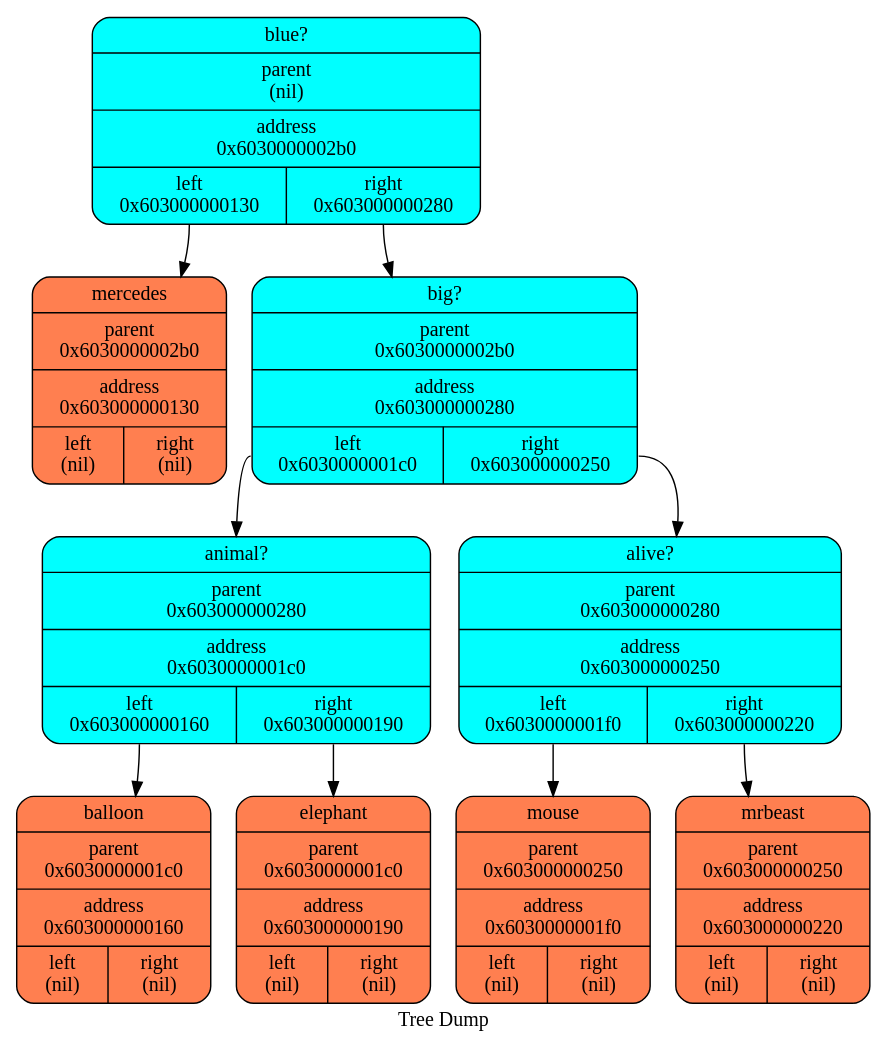
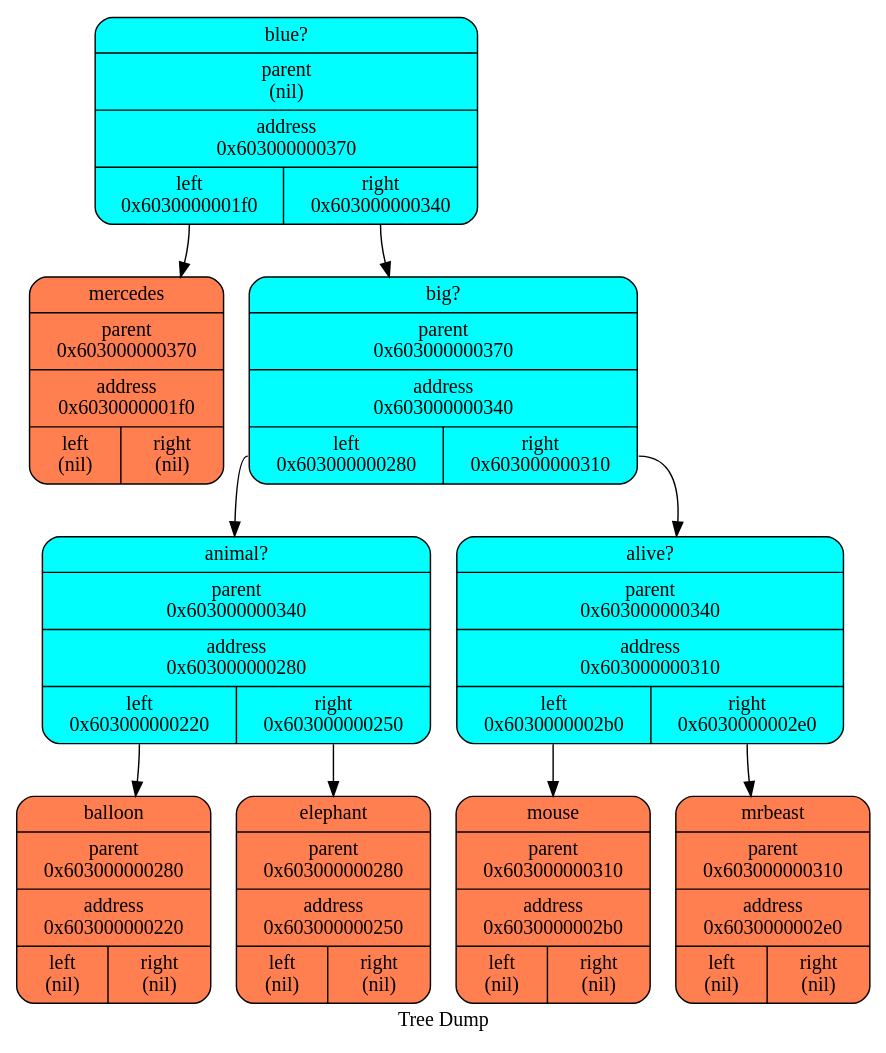
Before and after one commit to aidenfmunro/Akinator: the diagram in log/dot/treegraph_0.dot, drawn with Graphviz. The commit also changed 2 other files, not shown here.

```diff
--- a/log/dot/treegraph_0.dot
+++ b/log/dot/treegraph_0.dot
@@ -1,23 +1,23 @@
   digraph tree  {
   node[   shape     = "Mrecord",  style     = "filled",  fillcolor = "aqua",  fontcolor = "#000000",  margin    = "0.075"];
   rankdir   = "TB";
 
   label     = "Tree Dump";
- "blue?" [shape = "Mrecord", label = "{<name>blue? | parent\n(nil) | <f0> address\n0x6030000002b0| {<left>left\n0x603000000130 | <right>right\n0x603000000280\n}}"];
+ "blue?" [shape = "Mrecord", label = "{<name>blue? | parent\n(nil) | <f0> address\n0x603000000370| {<left>left\n0x6030000001f0 | <right>right\n0x603000000340\n}}"];
   "blue?":left->"mercedes";
- "mercedes" [shape = "Mrecord", fillcolor = "coral", label = "{<name>mercedes | parent\n0x6030000002b0 | <f0> address\n0x603000000130| {<left>left\n(nil) | <right>right\n(nil)\n}}"];
+ "mercedes" [shape = "Mrecord", fillcolor = "coral", label = "{<name>mercedes | parent\n0x603000000370 | <f0> address\n0x6030000001f0| {<left>left\n(nil) | <right>right\n(nil)\n}}"];
   "blue?":right->"big?";
- "big?" [shape = "Mrecord", label = "{<name>big? | parent\n0x6030000002b0 | <f0> address\n0x603000000280| {<left>left\n0x6030000001c0 | <right>right\n0x603000000250\n}}"];
+ "big?" [shape = "Mrecord", label = "{<name>big? | parent\n0x603000000370 | <f0> address\n0x603000000340| {<left>left\n0x603000000280 | <right>right\n0x603000000310\n}}"];
   "big?":left->"animal?";
- "animal?" [shape = "Mrecord", label = "{<name>animal? | parent\n0x603000000280 | <f0> address\n0x6030000001c0| {<left>left\n0x603000000160 | <right>right\n0x603000000190\n}}"];
+ "animal?" [shape = "Mrecord", label = "{<name>animal? | parent\n0x603000000340 | <f0> address\n0x603000000280| {<left>left\n0x603000000220 | <right>right\n0x603000000250\n}}"];
   "animal?":left->"balloon";
- "balloon" [shape = "Mrecord", fillcolor = "coral", label = "{<name>balloon | parent\n0x6030000001c0 | <f0> address\n0x603000000160| {<left>left\n(nil) | <right>right\n(nil)\n}}"];
+ "balloon" [shape = "Mrecord", fillcolor = "coral", label = "{<name>balloon | parent\n0x603000000280 | <f0> address\n0x603000000220| {<left>left\n(nil) | <right>right\n(nil)\n}}"];
   "animal?":right->"elephant";
- "elephant" [shape = "Mrecord", fillcolor = "coral", label = "{<name>elephant | parent\n0x6030000001c0 | <f0> address\n0x603000000190| {<left>left\n(nil) | <right>right\n(nil)\n}}"];
+ "elephant" [shape = "Mrecord", fillcolor = "coral", label = "{<name>elephant | parent\n0x603000000280 | <f0> address\n0x603000000250| {<left>left\n(nil) | <right>right\n(nil)\n}}"];
   "big?":right->"alive?";
- "alive?" [shape = "Mrecord", label = "{<name>alive? | parent\n0x603000000280 | <f0> address\n0x603000000250| {<left>left\n0x6030000001f0 | <right>right\n0x603000000220\n}}"];
+ "alive?" [shape = "Mrecord", label = "{<name>alive? | parent\n0x603000000340 | <f0> address\n0x603000000310| {<left>left\n0x6030000002b0 | <right>right\n0x6030000002e0\n}}"];
   "alive?":left->"mouse";
- "mouse" [shape = "Mrecord", fillcolor = "coral", label = "{<name>mouse | parent\n0x603000000250 | <f0> address\n0x6030000001f0| {<left>left\n(nil) | <right>right\n(nil)\n}}"];
+ "mouse" [shape = "Mrecord", fillcolor = "coral", label = "{<name>mouse | parent\n0x603000000310 | <f0> address\n0x6030000002b0| {<left>left\n(nil) | <right>right\n(nil)\n}}"];
   "alive?":right->"mrbeast";
- "mrbeast" [shape = "Mrecord", fillcolor = "coral", label = "{<name>mrbeast | parent\n0x603000000250 | <f0> address\n0x603000000220| {<left>left\n(nil) | <right>right\n(nil)\n}}"];
+ "mrbeast" [shape = "Mrecord", fillcolor = "coral", label = "{<name>mrbeast | parent\n0x603000000310 | <f0> address\n0x6030000002e0| {<left>left\n(nil) | <right>right\n(nil)\n}}"];
   }
```
